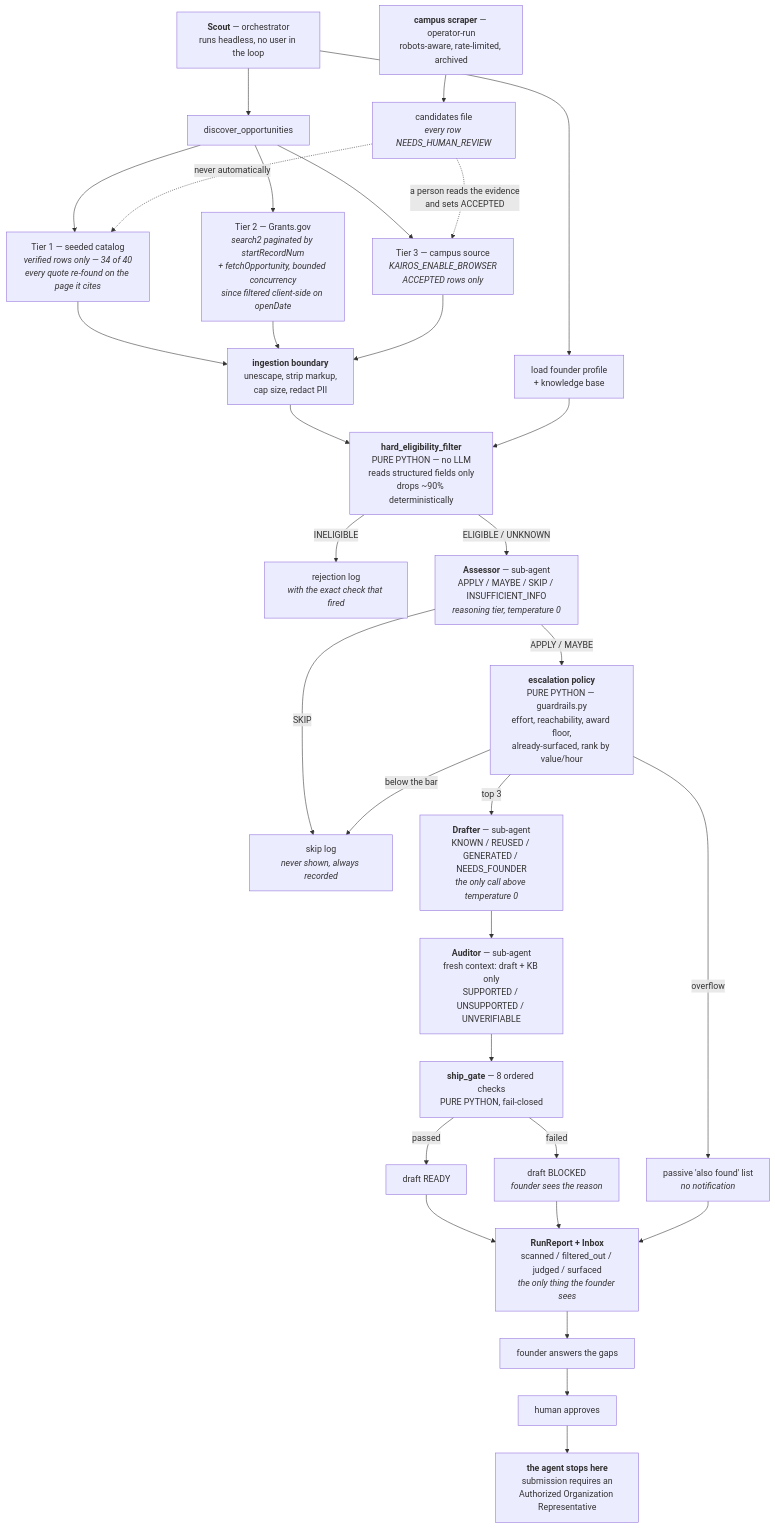
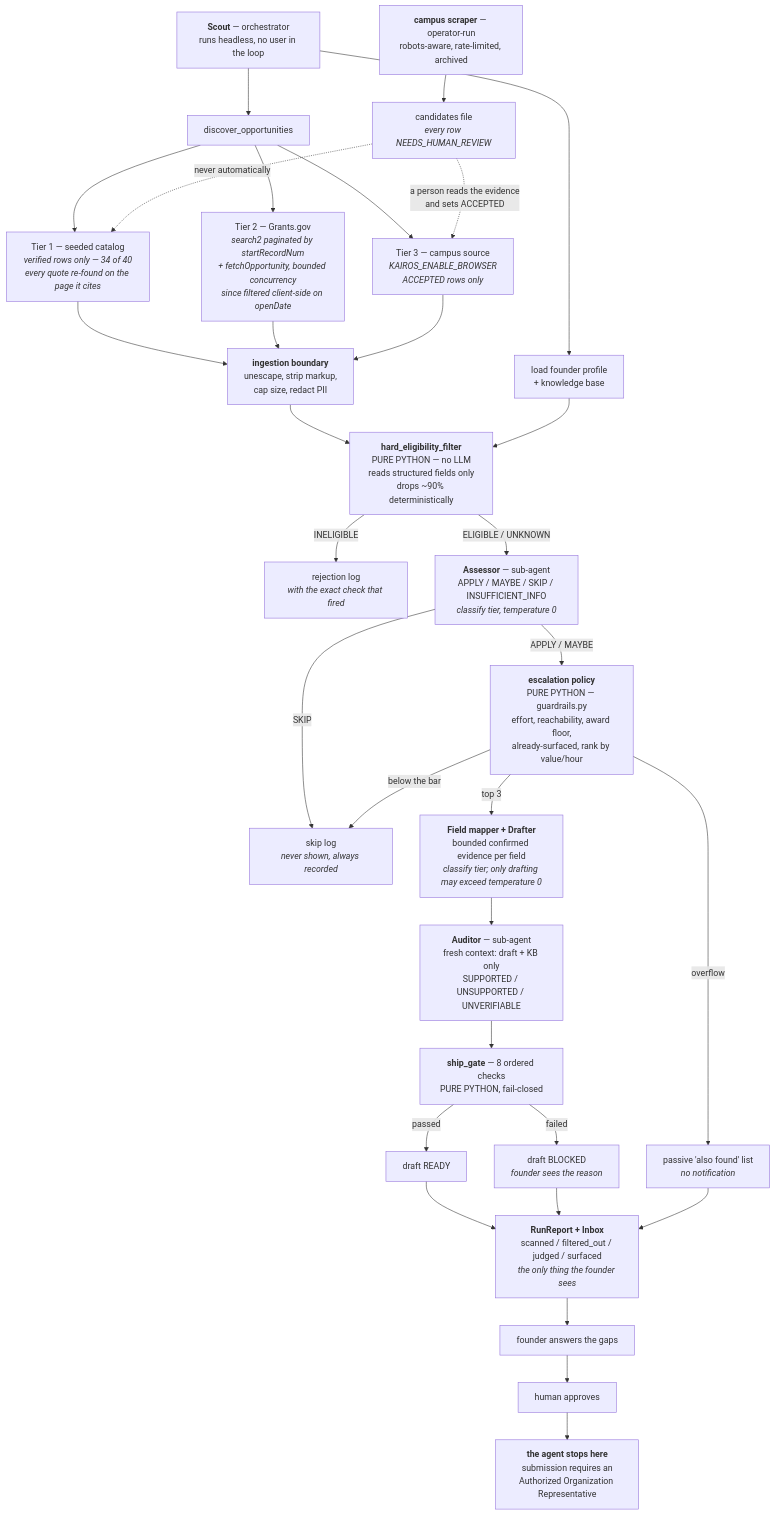
Before and after one commit to N1tu-Mar/Kairos: the second of 4 diagrams in docs/architecture.md, drawn with Mermaid. The commit also changed other lines of this file and 8 other files, not shown here.

````diff
--- a/docs/architecture.md
+++ b/docs/architecture.md
@@ -56,58 +56,58 @@
 ```mermaid
 flowchart TD
     SCOUT["<b>Scout</b> — orchestrator<br/>runs headless, no user in the loop"]
 
     SCOUT --> DISC["discover_opportunities"]
     SCOUT --> PROF["load founder profile<br/>+ knowledge base"]
 
     DISC --> T1["Tier 1 — seeded catalog<br/><i>verified rows only — 34 of 40</i><br/><i>every quote re-found on the page it cites</i>"]
     DISC --> T2["Tier 2 — Grants.gov<br/><i>search2 paginated by startRecordNum</i><br/><i>+ fetchOpportunity, bounded concurrency</i><br/><i>since filtered client-side on openDate</i>"]
     DISC --> T3["Tier 3 — campus source<br/><i>KAIROS_ENABLE_BROWSER</i><br/><i>ACCEPTED rows only</i>"]
 
     SCRAPE["<b>campus scraper</b> — operator-run<br/>robots-aware, rate-limited, archived"]
     SCRAPE --> REVIEWFILE["candidates file<br/><i>every row NEEDS_HUMAN_REVIEW</i>"]
     REVIEWFILE -.->|"a person reads the evidence<br/>and sets ACCEPTED"| T3
     REVIEWFILE -.->|"never automatically"| T1
 
     T1 --> INGEST
     T2 --> INGEST
     T3 --> INGEST
     INGEST["<b>ingestion boundary</b><br/>unescape, strip markup,<br/>cap size, redact PII"]
 
     INGEST --> FILTER
     PROF --> FILTER
     FILTER["<b>hard_eligibility_filter</b><br/>PURE PYTHON — no LLM<br/>reads structured fields only<br/>drops ~90% deterministically"]
 
     FILTER -->|INELIGIBLE| REJLOG["rejection log<br/><i>with the exact check that fired</i>"]
     FILTER -->|ELIGIBLE / UNKNOWN| ASSESS
 
-    ASSESS["<b>Assessor</b> — sub-agent<br/>APPLY / MAYBE / SKIP / INSUFFICIENT_INFO<br/><i>reasoning tier, temperature 0</i>"]
+    ASSESS["<b>Assessor</b> — sub-agent<br/>APPLY / MAYBE / SKIP / INSUFFICIENT_INFO<br/><i>classify tier, temperature 0</i>"]
 
     ASSESS -->|SKIP| SKIPLOG["skip log<br/><i>never shown, always recorded</i>"]
     ASSESS -->|APPLY / MAYBE| POLICY
 
     POLICY["<b>escalation policy</b><br/>PURE PYTHON — guardrails.py<br/>effort, reachability, award floor,<br/>already-surfaced, rank by value/hour"]
 
     POLICY -->|below the bar| SKIPLOG
     POLICY -->|top 3| DRAFT
     POLICY -->|overflow| PASSIVE["passive 'also found' list<br/><i>no notification</i>"]
 
-    DRAFT["<b>Drafter</b> — sub-agent<br/>KNOWN / REUSED / GENERATED / NEEDS_FOUNDER<br/><i>the only call above temperature 0</i>"]
+    DRAFT["<b>Field mapper + Drafter</b><br/>bounded confirmed evidence per field<br/><i>classify tier; only drafting may exceed temperature 0</i>"]
     DRAFT --> AUDIT
     AUDIT["<b>Auditor</b> — sub-agent<br/>fresh context: draft + KB only<br/>SUPPORTED / UNSUPPORTED / UNVERIFIABLE"]
 
     AUDIT --> GATE
     GATE["<b>ship_gate</b> — 8 ordered checks<br/>PURE PYTHON, fail-closed"]
 
     GATE -->|passed| READY["draft READY"]
     GATE -->|failed| BLOCKED["draft BLOCKED<br/><i>founder sees the reason</i>"]
 
     READY --> INBOX
     BLOCKED --> INBOX
     PASSIVE --> INBOX
     INBOX["<b>RunReport + Inbox</b><br/>scanned / filtered_out / judged / surfaced<br/><i>the only thing the founder sees</i>"]
 
     INBOX --> HUMAN["founder answers the gaps"]
     HUMAN --> APPROVE["human approves"]
     APPROVE --> STOP["<b>the agent stops here</b><br/>submission requires an<br/>Authorized Organization Representative"]
 ```
````
